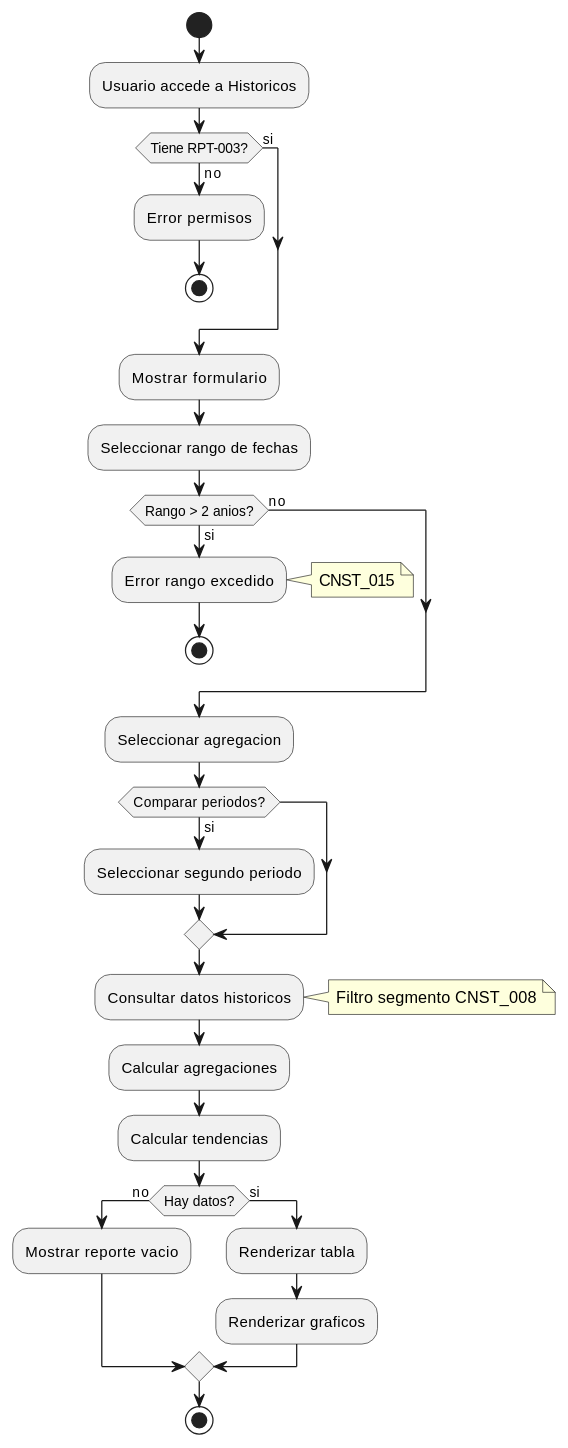
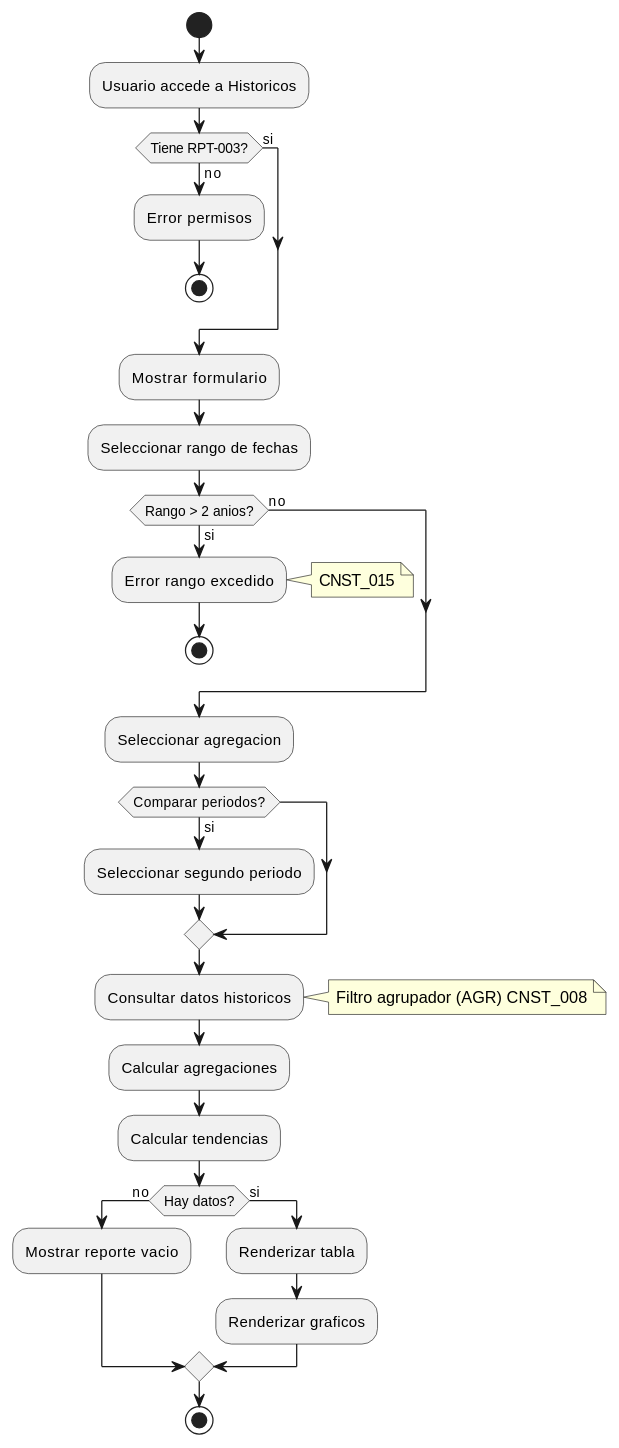
The third of 3 diagrams in source/requisitos/casos-uso/reports/uc-rpt-03-ver-reportes-historicos.rst (jcg-admin/IACT-docs), drawn with PlantUML before and after one commit. The commit also changed other lines of this file and 14 other files, not shown here.

```diff
--- a/source/requisitos/casos-uso/reports/uc-rpt-03-ver-reportes-historicos.rst
+++ b/source/requisitos/casos-uso/reports/uc-rpt-03-ver-reportes-historicos.rst
@@ -293,44 +293,44 @@
 .. uml::
  :caption: Diagrama de Actividad - UC_RPT_03
 
  @startuml
  start
  :Usuario accede a Historicos;
 
  if (Tiene RPT-003?) then (no)
  :Error permisos;
  stop
  else (si)
  endif
 
  :Mostrar formulario;
  :Seleccionar rango de fechas;
 
  if (Rango > 2 anios?) then (si)
  :Error rango excedido;
  note right: CNST_015
  stop
  else (no)
  endif
 
  :Seleccionar agregacion;
 
  if (Comparar periodos?) then (si)
  :Seleccionar segundo periodo;
  endif
 
  :Consultar datos historicos;
- note right: Filtro segmento CNST_008
+ note right: Filtro agrupador (AGR) CNST_008
 
  :Calcular agregaciones;
  :Calcular tendencias;
 
  if (Hay datos?) then (no)
  :Mostrar reporte vacio;
  else (si)
  :Renderizar tabla;
  :Renderizar graficos;
  endif
 
  stop
  @enduml
```
